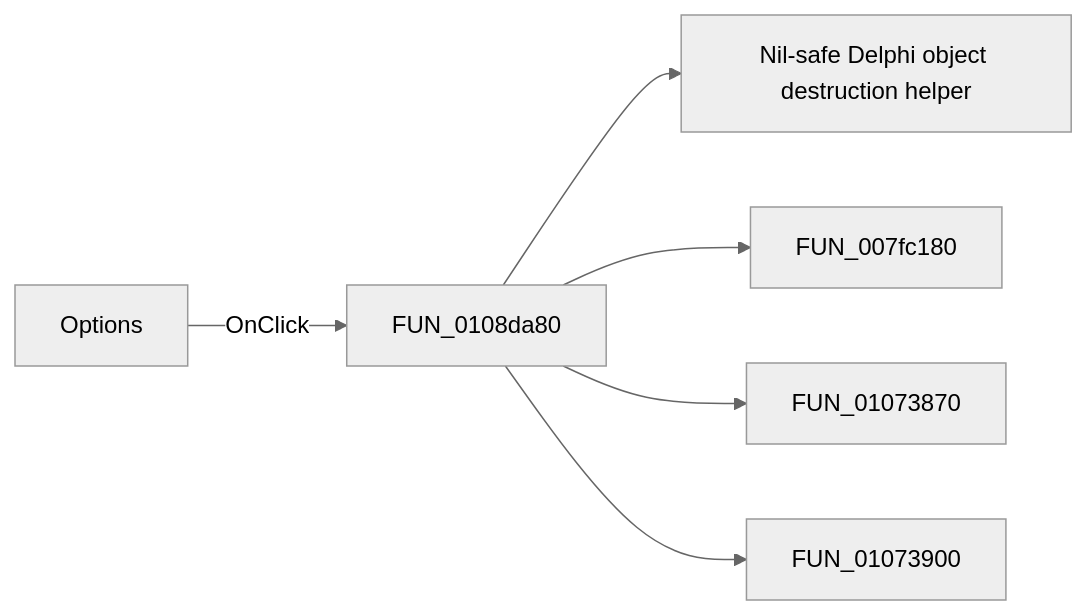
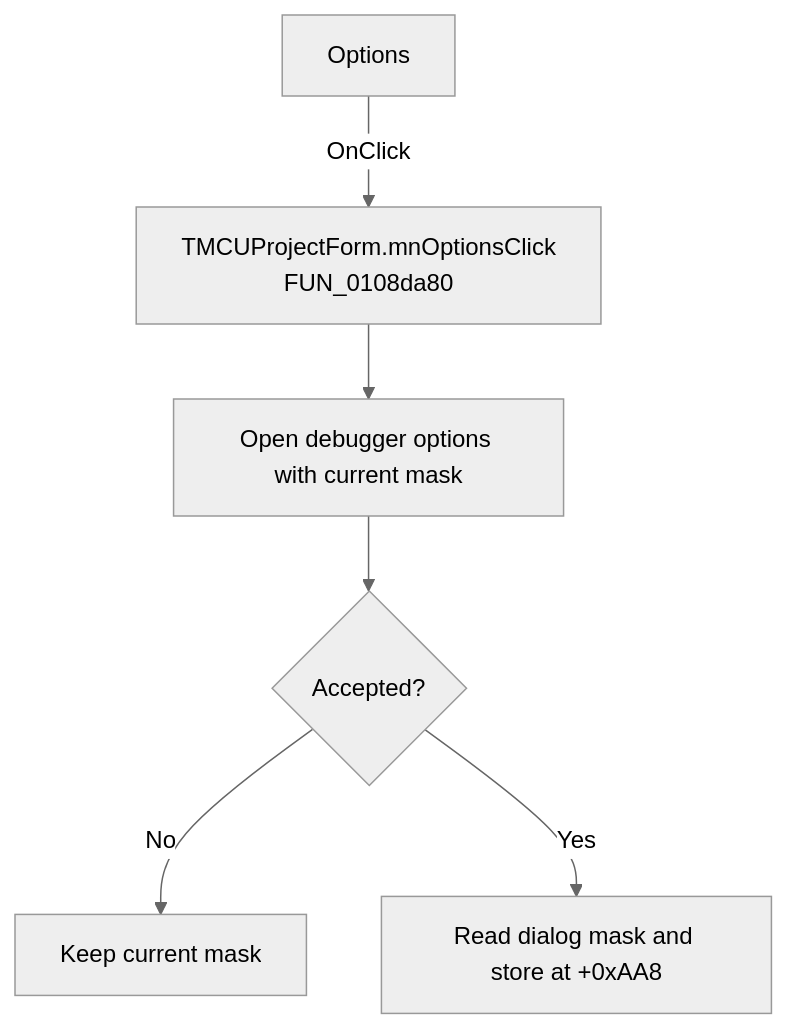
The diagram in docs/ui-controls/mcuprojectform/mnoptions-815fa8ed97.md (MovGP0/TIARA), drawn with Mermaid (neutral theme) before and after one commit. The commit also changed other lines of this file and 1062 other files, not shown here.

````diff
--- a/docs/ui-controls/mcuprojectform/mnoptions-815fa8ed97.md
+++ b/docs/ui-controls/mcuprojectform/mnoptions-815fa8ed97.md
@@ -27,8 +27,8 @@
 ```mermaid
-flowchart LR
-    control["Options"] -->|OnClick| handler["FUN_0108da80"]
-    handler --> call1["Nil-safe Delphi object destruction helper"]
-    handler --> call2["FUN_007fc180"]
-    handler --> call3["FUN_01073870"]
-    handler --> call4["FUN_01073900"]
+flowchart TD
+    control["Options"] -->|OnClick| handler["TMCUProjectForm.mnOptionsClick<br/>FUN_0108da80"]
+    handler --> dialog["Open debugger options with current mask"]
+    dialog --> accepted{"Accepted?"}
+    accepted -->|No| noOp["Keep current mask"]
+    accepted -->|Yes| store["Read dialog mask and store at +0xAA8"]
 ```
````
